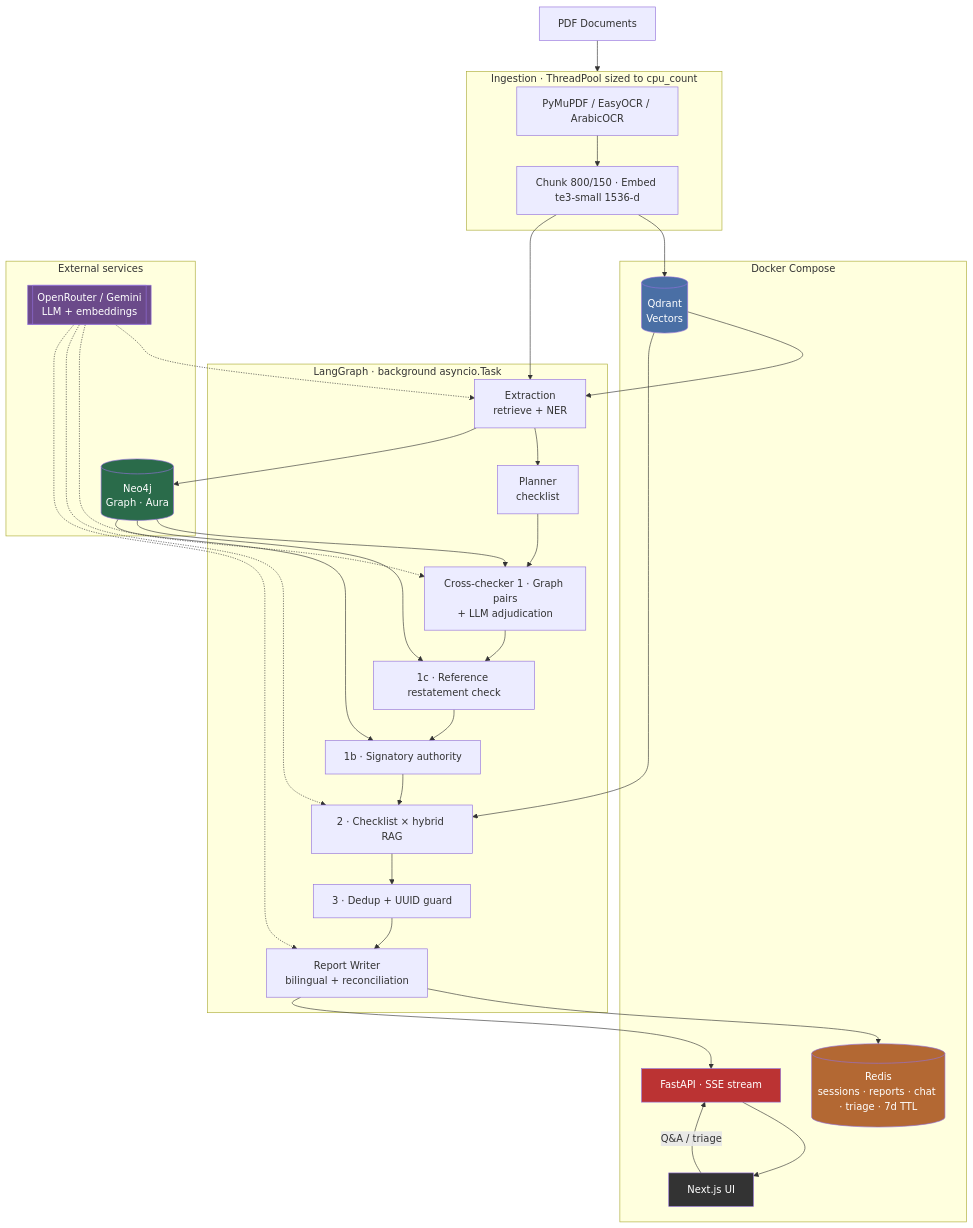
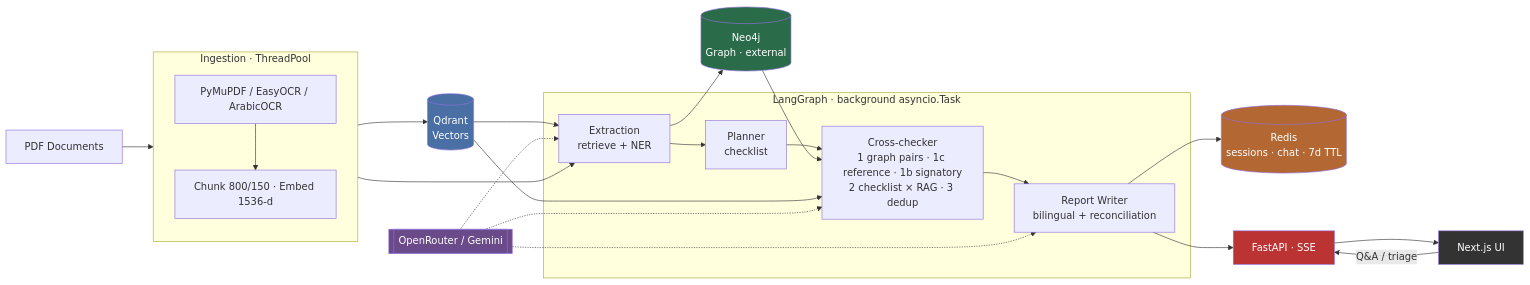
Before and after one commit to Mostafa-Emad77/AuditMind: the diagram in README.md, drawn with Mermaid.

Commit message:
refactor: update architecture diagram and streamline ingestion process in README

````diff
--- a/README.md
+++ b/README.md
@@ -30,56 +30,38 @@
 ```mermaid
-flowchart TD
+flowchart LR
     PDFs[PDF Documents] --> Ingestion
 
-    subgraph Ingestion[Ingestion · ThreadPool sized to cpu_count]
-        OCR[PyMuPDF / EasyOCR / ArabicOCR] --> ChunkEmbed[Chunk 800/150 · Embed te3-small 1536-d]
+    subgraph Ingestion[Ingestion · ThreadPool]
+        OCR[PyMuPDF / EasyOCR / ArabicOCR] --> ChunkEmbed[Chunk 800/150 · Embed 1536-d]
     end
 
-    subgraph Compose[Docker Compose]
-        Qdrant[(Qdrant\nVectors)]
-        Redis[(Redis\nsessions · reports · chat · triage · 7d TTL)]
-        FastAPI[FastAPI · SSE stream]
-        NextUI[Next.js UI]
-    end
-
-    subgraph External[External services]
-        Neo4j[(Neo4j\nGraph · Aura)]
-        LLM[[OpenRouter / Gemini\nLLM + embeddings]]
-    end
+    Ingestion --> Qdrant[(Qdrant\nVectors)]
+    Ingestion --> Extraction
 
     subgraph Pipeline[LangGraph · background asyncio.Task]
         Extraction[Extraction\nretrieve + NER] --> Planner[Planner\nchecklist]
-        Planner --> P1[Cross-checker 1 · Graph pairs\n+ LLM adjudication]
-        P1 --> P1c[1c · Reference restatement check]
-        P1c --> P1b[1b · Signatory authority]
-        P1b --> P2[2 · Checklist × hybrid RAG]
-        P2 --> P3[3 · Dedup + UUID guard]
-        P3 --> ReportWriter[Report Writer\nbilingual + reconciliation]
+        Planner --> CrossChecker[Cross-checker\n1 graph pairs · 1c reference · 1b signatory\n2 checklist × RAG · 3 dedup]
+        CrossChecker --> ReportWriter[Report Writer\nbilingual + reconciliation]
     end
 
-    ChunkEmbed --> Qdrant
-    ChunkEmbed --> Extraction
     Qdrant --> Extraction
-    Extraction --> Neo4j
-    Neo4j --> P1
-    Neo4j --> P1c
-    Neo4j --> P1b
-    Qdrant --> P2
+    Extraction --> Neo4j[(Neo4j\nGraph · external)]
+    Neo4j --> CrossChecker
+    Qdrant --> CrossChecker
 
-    LLM -.-> Extraction
-    LLM -.-> P1
-    LLM -.-> P2
+    ReportWriter --> Redis[(Redis\nsessions · chat · 7d TTL)]
+    ReportWriter --> FastAPI[FastAPI · SSE]
+    FastAPI --> NextUI[Next.js UI]
+    NextUI -->|Q&A / triage| FastAPI
+
+    LLM[[OpenRouter / Gemini]] -.-> Extraction
+    LLM -.-> CrossChecker
     LLM -.-> ReportWriter
-
-    ReportWriter --> Redis
-    ReportWriter --> FastAPI
-    FastAPI --> NextUI
-    NextUI -->|Q&A / triage| FastAPI
 
     style Qdrant fill:#4a6fa5,color:#fff
     style Neo4j fill:#2a6b4a,color:#fff
     style Redis fill:#b36833,color:#fff
     style LLM fill:#6b4a8a,color:#fff
     style FastAPI fill:#b33,color:#fff
     style NextUI fill:#333,color:#fff
 ```
````
